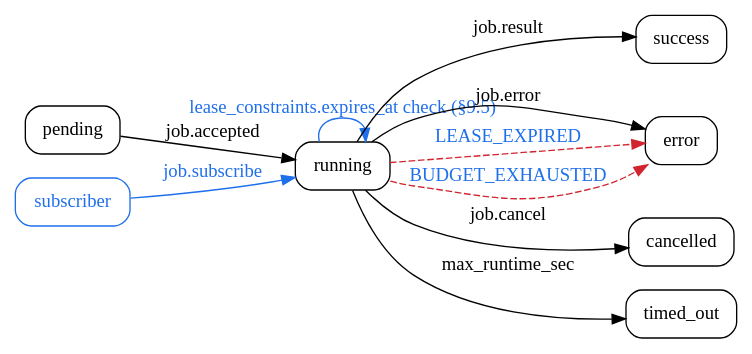
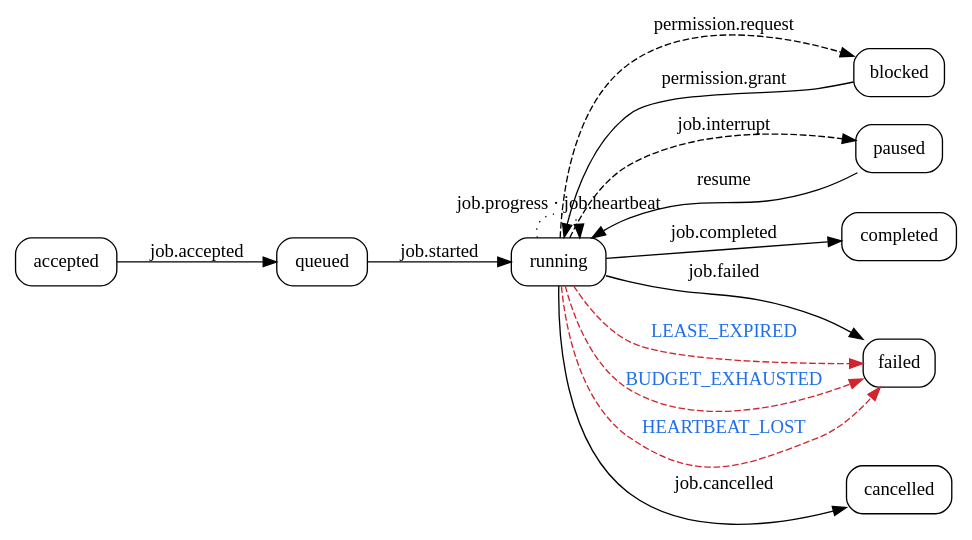
One commit to agentruntimecontrolprotocol/swift-sdk changed the diagram in docs/diagrams/job-fsm.dot. Above: the diagram before and after it, drawn with Graphviz. The commit also changed 24 other files, not shown here.

First line of the commit message:
docs: reconcile guides, diagrams, and CLI reference with the implemented API

```diff
--- a/docs/diagrams/job-fsm.dot
+++ b/docs/diagrams/job-fsm.dot
@@ -1,20 +1,24 @@
+// ARCP job state machine — matches `JobState` (Sources/ARCP/Messages/Execution.swift)
+// and the wire envelopes emitted by `ARCPRuntime` / `JobManager`.
 digraph ARCPJobFSM {
   graph [rankdir=LR, fontname="TT Commons Pro Trial"]
   node  [shape=box, style=rounded, fontname="TT Commons Pro Trial"]
   edge  [fontname="TT Commons Pro Trial"]
 
-  pending   -> running    [label="job.accepted"]
-  running   -> success    [label="job.result"]
-  running   -> error      [label="job.error"]
-  running   -> cancelled  [label="job.cancel"]
-  running   -> timed_out  [label="max_runtime_sec"]
+  accepted  -> queued     [label="job.accepted"]
+  queued    -> running    [label="job.started"]
+  running   -> running    [label="job.progress · job.heartbeat", style=dotted]
+  running   -> blocked    [label="permission.request", style=dashed]
+  blocked   -> running    [label="permission.grant"]
+  running   -> paused     [label="job.interrupt", style=dashed]
+  paused    -> running    [label="resume"]
 
-  // v1.1 additions on existing edges (error edges dashed red, blue labels)
-  running   -> error      [label="LEASE_EXPIRED",    color="#D1242F", fontcolor="#1F6FEB", style=dashed]
-  running   -> error      [label="BUDGET_EXHAUSTED", color="#D1242F", fontcolor="#1F6FEB", style=dashed]
+  running   -> completed  [label="job.completed"]
+  running   -> failed     [label="job.failed"]
+  running   -> cancelled  [label="job.cancelled"]
 
-  // v1.1 side effects on running (not state changes)
-  subscriber [shape=box, style="rounded", color="#1F6FEB", fontcolor="#1F6FEB"]
-  subscriber -> running   [label="job.subscribe",                                color="#1F6FEB", fontcolor="#1F6FEB"]
-  running   -> running    [label="lease_constraints.expires_at check (§9.5)",    color="#1F6FEB", fontcolor="#1F6FEB"]
+  // v1.1 terminal failures on running (failed-edge variants, blue labels)
+  running   -> failed     [label="LEASE_EXPIRED",    color="#D1242F", fontcolor="#1F6FEB", style=dashed]
+  running   -> failed     [label="BUDGET_EXHAUSTED", color="#D1242F", fontcolor="#1F6FEB", style=dashed]
+  running   -> failed     [label="HEARTBEAT_LOST",   color="#D1242F", fontcolor="#1F6FEB", style=dashed]
 }
```
